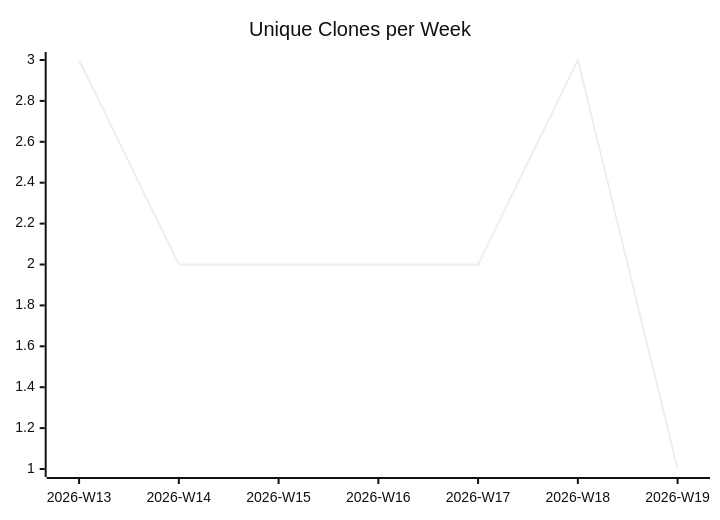
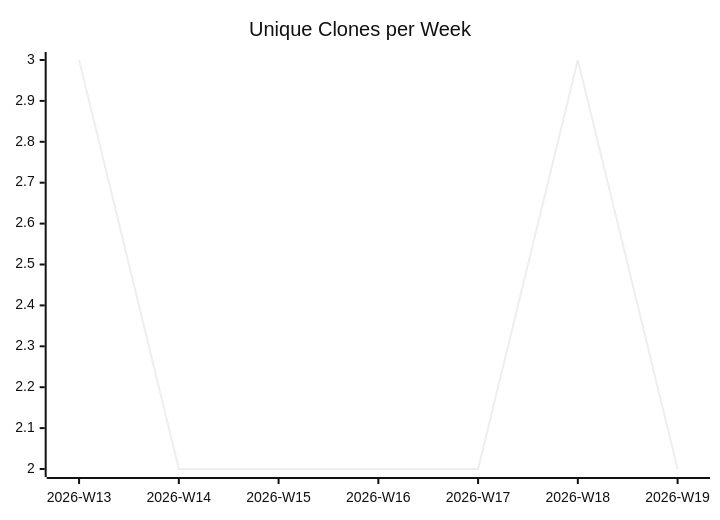
Before and after one commit to justdavis-family/github-analytics-data: the third of 3 diagrams in karlmdavis/can-i-kayak-baltimore/README.md, drawn with Mermaid (neutral theme). The commit also changed other lines of this file and 177 other files, not shown here.

````diff
--- a/karlmdavis/can-i-kayak-baltimore/README.md
+++ b/karlmdavis/can-i-kayak-baltimore/README.md
@@ -19,6 +19,6 @@
 ```mermaid
 xychart-beta
   title "Unique Clones per Week"
   x-axis ["2026-W13", "2026-W14", "2026-W15", "2026-W16", "2026-W17", "2026-W18", "2026-W19"]
-  line [3, 2, 2, 2, 2, 3, 1]
+  line [3, 2, 2, 2, 2, 3, 2]
 ```
````
